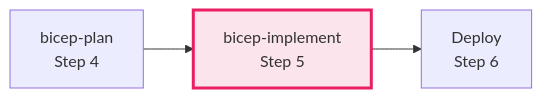
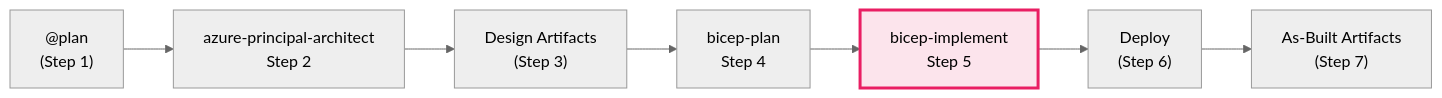
The diagram in .github/agents/bicep-implement.agent.md (jonathan-vella/azure-agentic-infraops), drawn with Mermaid before and after one commit. The commit also changed other lines of this file and 5 other files, not shown here.

````diff
--- a/.github/agents/bicep-implement.agent.md
+++ b/.github/agents/bicep-implement.agent.md
@@ -78,6 +605,11 @@
 ```mermaid
+%%{init: {'theme':'neutral'}}%%
 graph LR
-    B[bicep-plan<br/>Step 4] --> I[bicep-implement<br/>Step 5]
-    I --> DEP[Deploy<br/>Step 6]
+    P["@plan<br/>(Step 1)"] --> A[azure-principal-architect<br/>Step 2]
+    A --> D["Design Artifacts<br/>(Step 3)"]
+    D --> B[bicep-plan<br/>Step 4]
+    B --> I[bicep-implement<br/>Step 5]
+    I --> DEP["Deploy<br/>(Step 6)"]
+    DEP --> F["As-Built Artifacts<br/>(Step 7)"]
     style I fill:#fce4ec,stroke:#e91e63,stroke-width:3px
 ```
````
